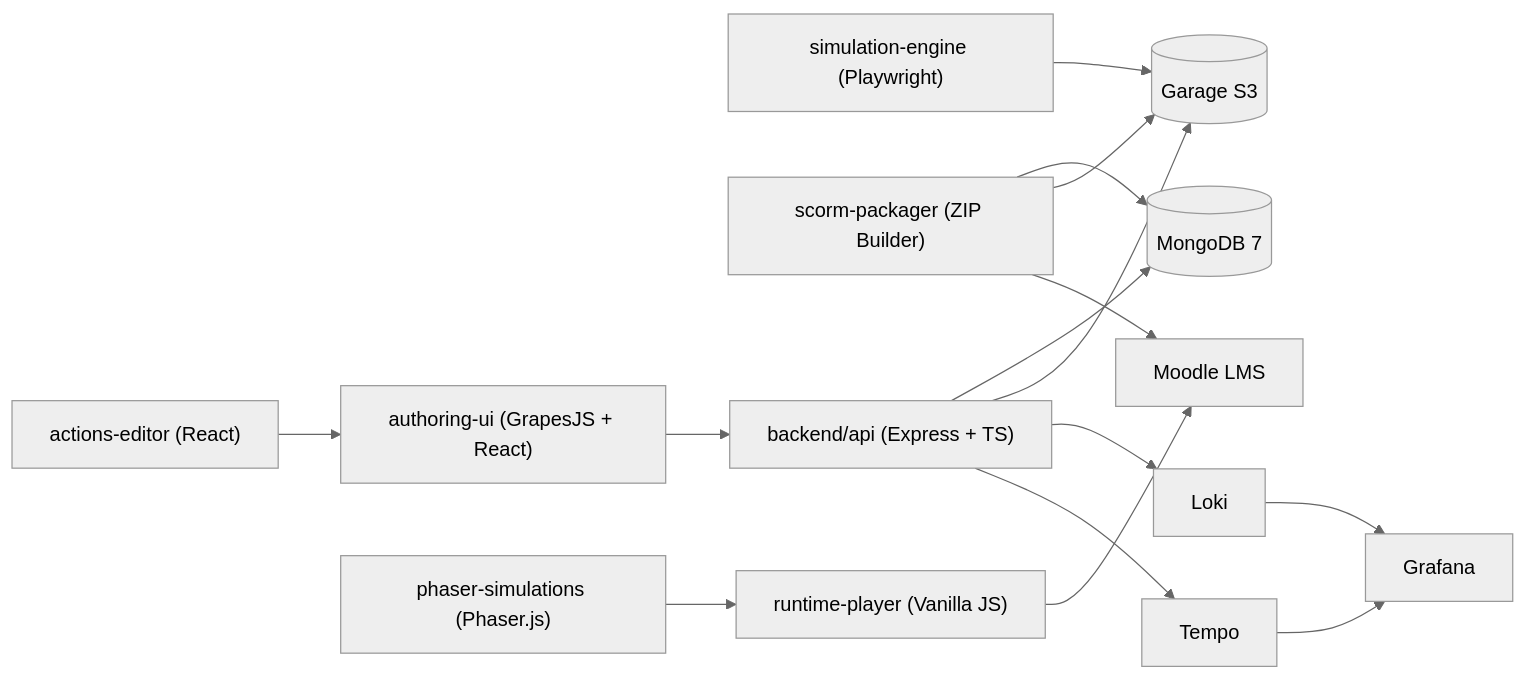
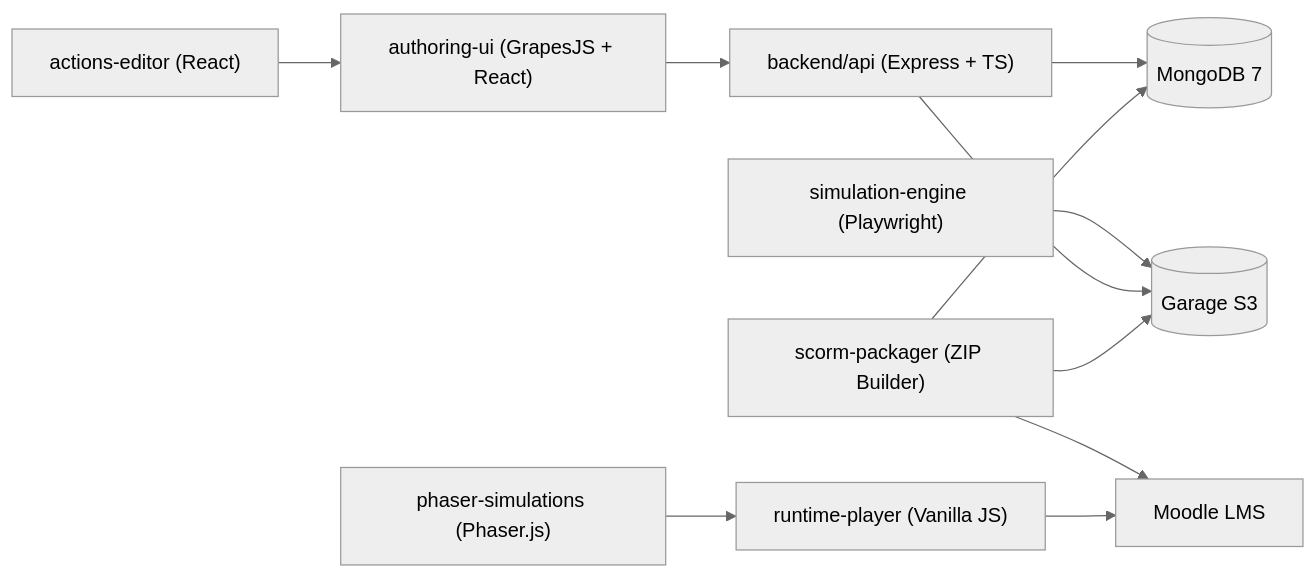
Before and after one commit to canocampus/elearn-studio: the first of 4 diagrams in README.md, drawn with Mermaid (neutral theme). The commit also changed other lines of this file and 43 other files, not shown here.

````diff
--- a/README.md
+++ b/README.md
@@ -21,31 +23,24 @@
 ```mermaid
 graph LR
   UI["authoring-ui (GrapesJS + React)"]
   SE["simulation-engine (Playwright)"]
   AE["actions-editor (React)"]
   SP["scorm-packager (ZIP Builder)"]
   RP["runtime-player (Vanilla JS)"]
   PS["phaser-simulations (Phaser.js)"]
   API["backend/api (Express + TS)"]
   DB[(MongoDB 7)]
   GRG[(Garage S3)]
   LMS[Moodle LMS]
-  GF[Grafana]
-  LK[Loki]
-  TM[Tempo]
 
+  AE --> UI
   UI --> API
-  AE --> UI
   SE --> GRG
   API --> DB
   API --> GRG
   SP --> DB
   SP --> GRG
   SP --> LMS
+  PS --> RP
   RP --> LMS
-  PS --> RP
-  API --> LK
-  API --> TM
-  LK --> GF
-  TM --> GF
 ```
````
